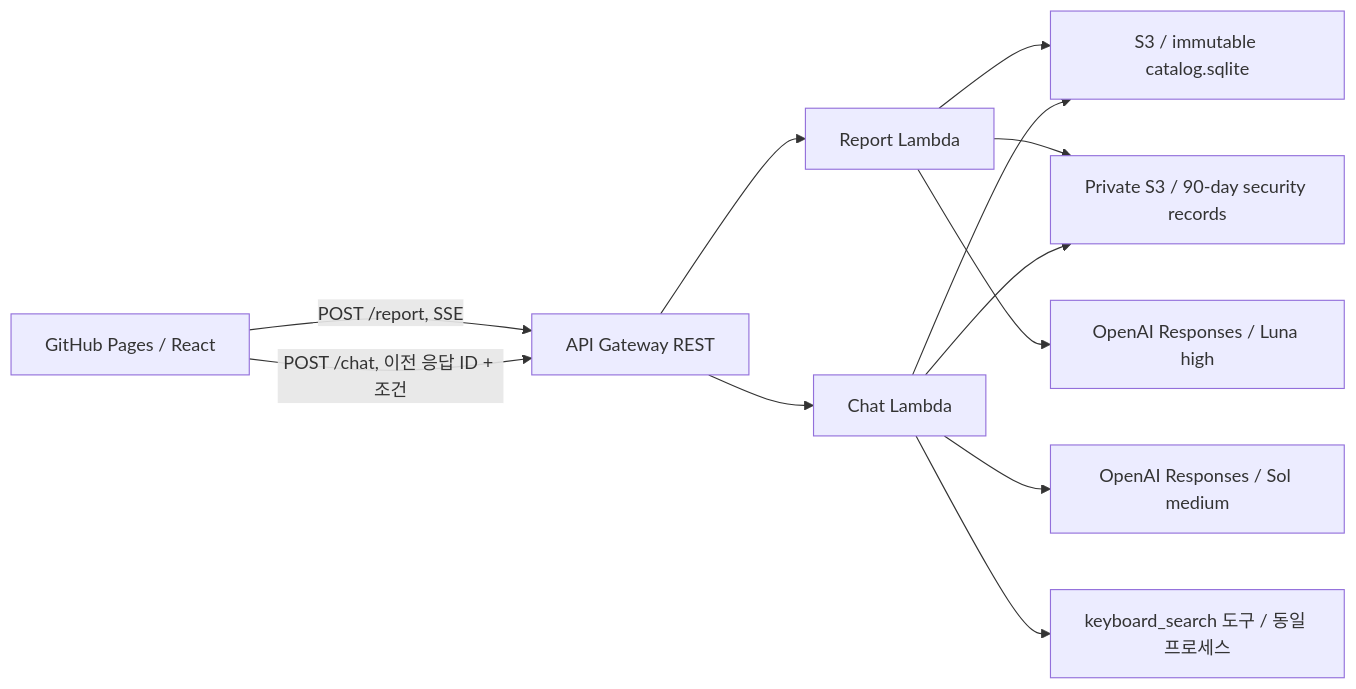
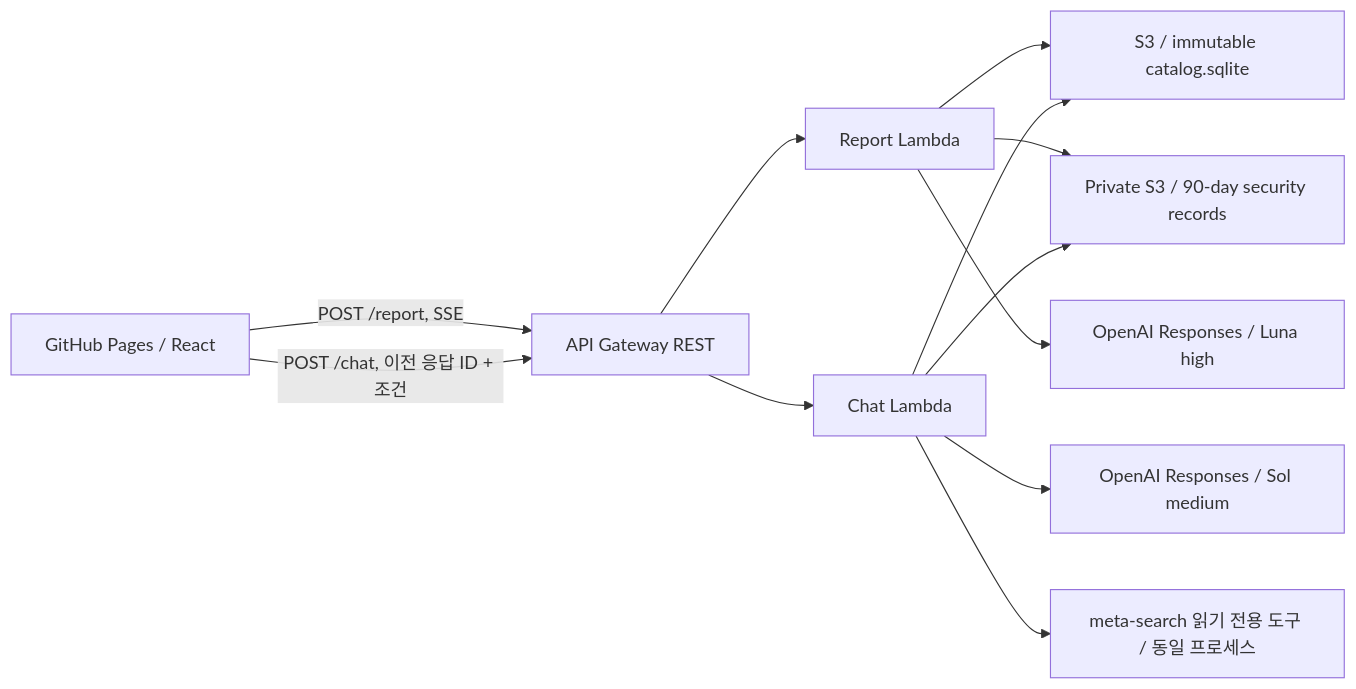
The diagram in README.md (Experience-Driven-Product-Catalog/review-catalog-platform-demo), drawn with Mermaid before and after one commit. The commit also changed other lines of this file and 49 other files, not shown here.

Commit message:
Replace demo search with meta-search and migrate the fixed nine-monitor catalog

````diff
--- a/README.md
+++ b/README.md
@@ -14,14 +14,14 @@
 ```mermaid
 flowchart LR
     Browser[GitHub Pages / React] -->|POST /report, SSE| API[API Gateway REST]
     Browser -->|POST /chat, 이전 응답 ID + 조건| API
     API --> Report[Report Lambda]
     API --> Chat[Chat Lambda]
     Report --> S3[S3 / immutable catalog.sqlite]
     Chat --> S3
     Report --> Audit[Private S3 / 90-day security records]
     Chat --> Audit
     Report --> Extract[OpenAI Responses / Luna high]
     Chat --> Answer[OpenAI Responses / Sol medium]
-    Chat --> MCP[keyboard_search 도구 / 동일 프로세스]
+    Chat --> MCP[meta-search 읽기 전용 도구 / 동일 프로세스]
 ```
````
